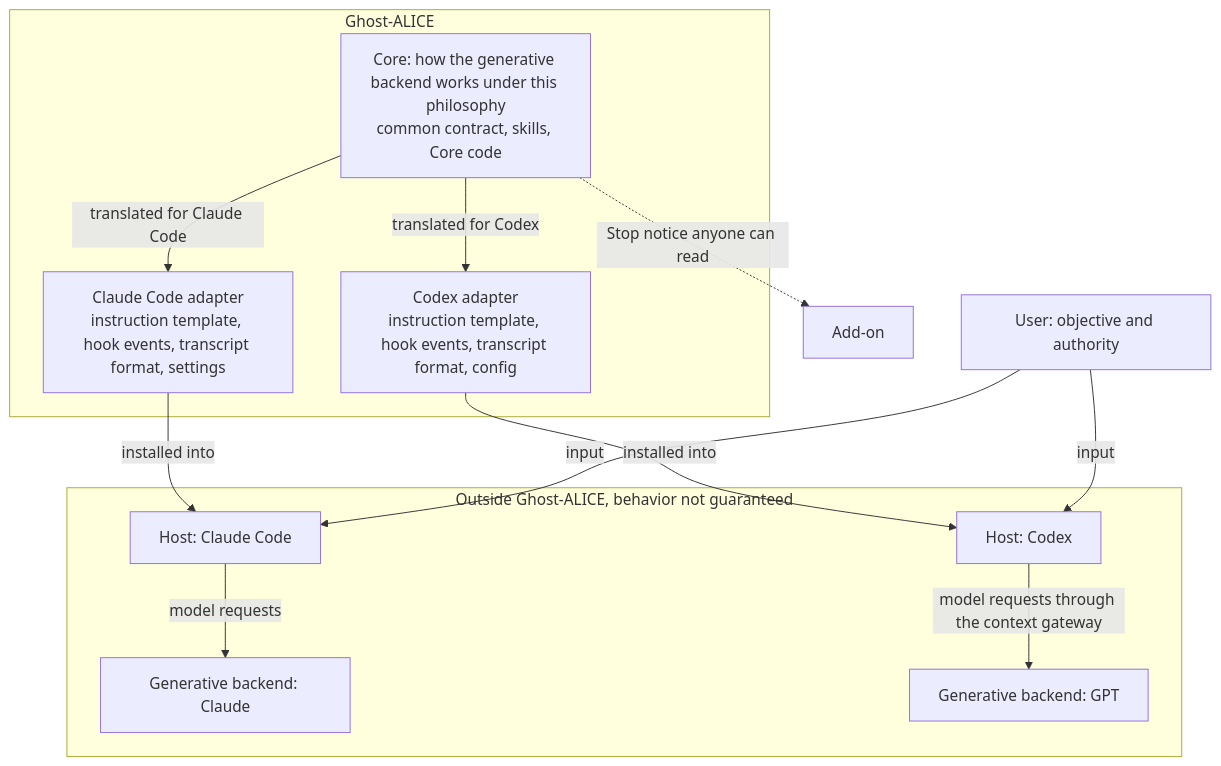
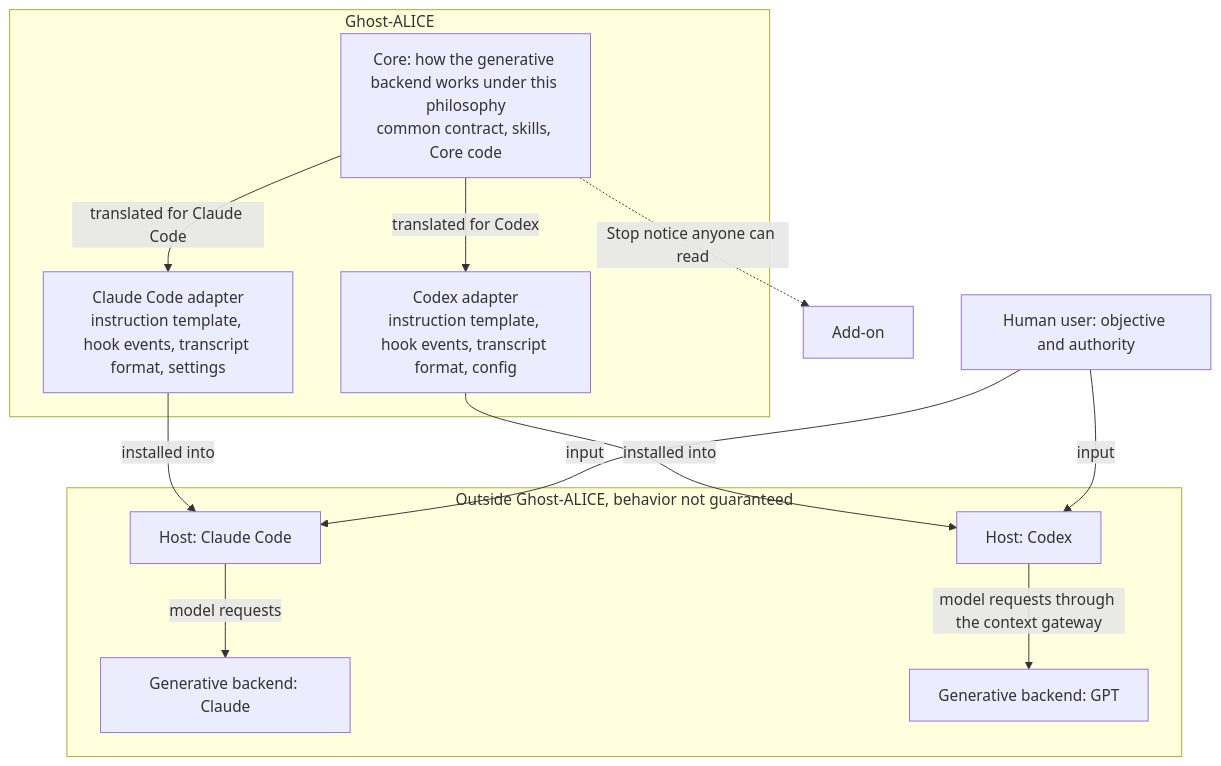
The first of 7 diagrams in architecture.md (AidALL/ghost-alice), drawn with Mermaid before and after one commit. The commit also changed other lines of this file and 221 other files, not shown here.

````diff
--- a/architecture.md
+++ b/architecture.md
@@ -9,25 +9,25 @@
 ```mermaid
 flowchart TB
   subgraph GA["Ghost-ALICE"]
     C["Core: how the generative backend works under this philosophy<br/>common contract, skills, Core code"]
     AC["Claude Code adapter<br/>instruction template, hook events, transcript format, settings"]
     AX["Codex adapter<br/>instruction template, hook events, transcript format, config"]
   end
   subgraph OUT["Outside Ghost-ALICE, behavior not guaranteed"]
     HC["Host: Claude Code"]
     HX["Host: Codex"]
     BC["Generative backend: Claude"]
     BX["Generative backend: GPT"]
   end
-  U["User: objective and authority"]
+  U["Human user: objective and authority"]
   AD["Add-on"]
   C -->|translated for Claude Code| AC
   C -->|translated for Codex| AX
   AC -->|installed into| HC
   AX -->|installed into| HX
   HC -->|model requests| BC
   HX -->|model requests through the context gateway| BX
   U -->|input| HC
   U -->|input| HX
   C -.->|Stop notice anyone can read| AD
 ```
````
